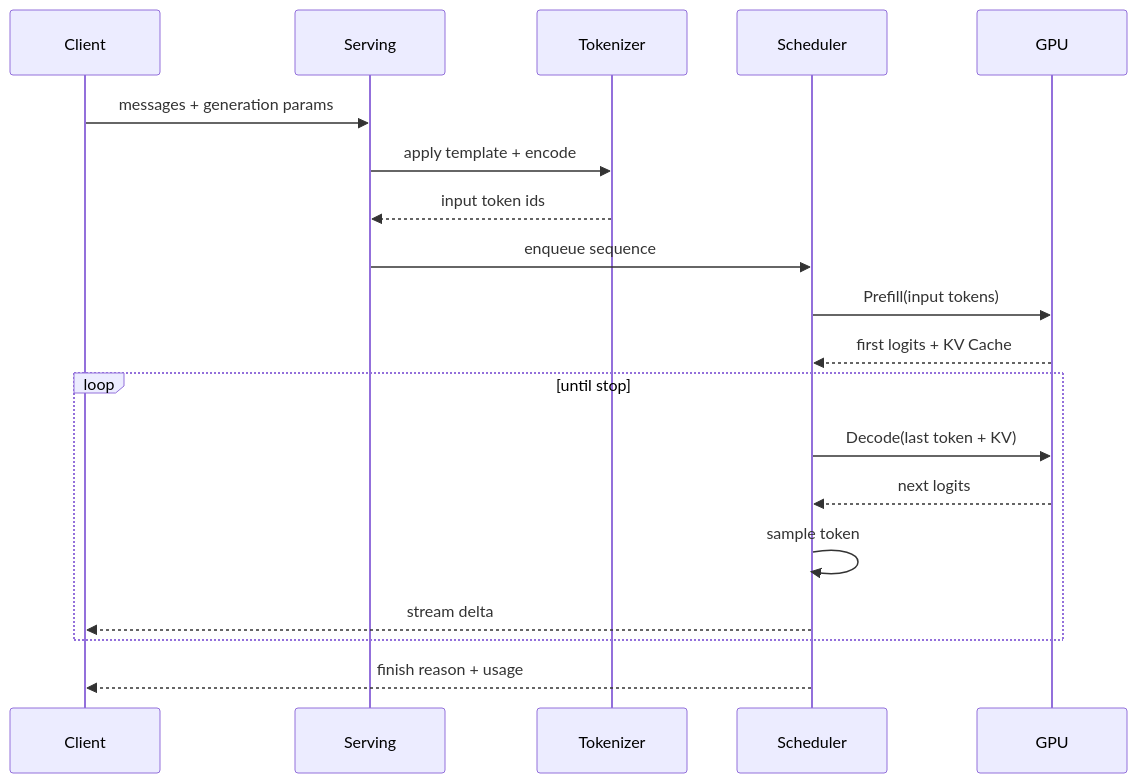
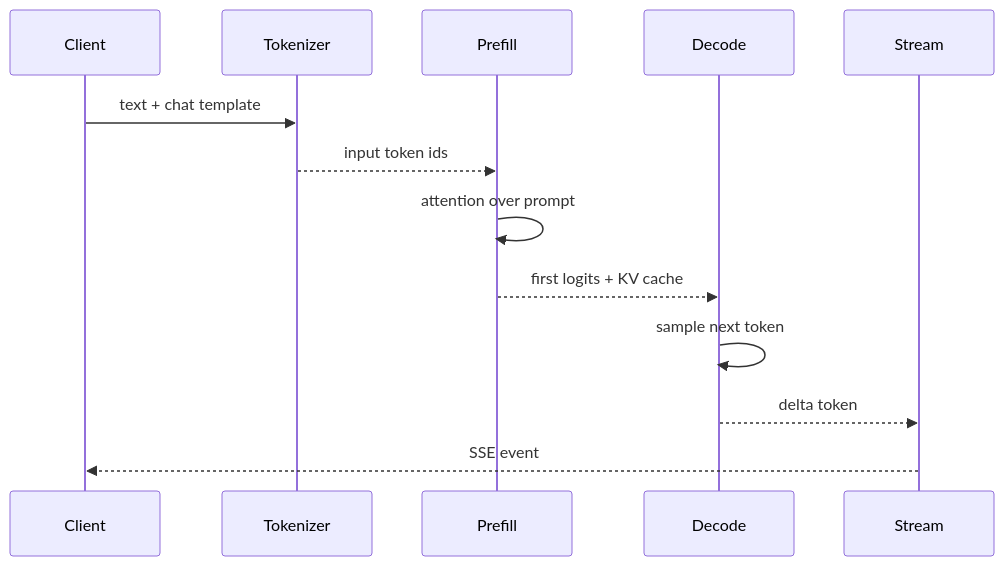
One commit to upJiang/jiang-blog-vitepress changed the diagram in docs/devops/transformer-inference-lifecycle.md. Above: the diagram before and after it, drawn with Mermaid. The commit also changed other lines of this file and 190 other files, not shown here.

````diff
--- a/docs/devops/transformer-inference-lifecycle.md
+++ b/docs/devops/transformer-inference-lifecycle.md
@@ -35,21 +31,15 @@
 ```mermaid
 sequenceDiagram
   participant C as Client
-  participant S as Serving
   participant T as Tokenizer
-  participant Q as Scheduler
-  participant G as GPU
-  C->>S: messages + generation params
-  S->>T: apply template + encode
-  T-->>S: input token ids
-  S->>Q: enqueue sequence
-  Q->>G: Prefill(input tokens)
-  G-->>Q: first logits + KV Cache
-  loop until stop
-    Q->>G: Decode(last token + KV)
-    G-->>Q: next logits
-    Q->>Q: sample token
-    Q-->>C: stream delta
-  end
-  Q-->>C: finish reason + usage
+  participant P as Prefill
+  participant D as Decode
+  participant S as Stream
+  C->>T: text + chat template
+  T-->>P: input token ids
+  P->>P: attention over prompt
+  P-->>D: first logits + KV cache
+  D->>D: sample next token
+  D-->>S: delta token
+  S-->>C: SSE event
 ```
````
